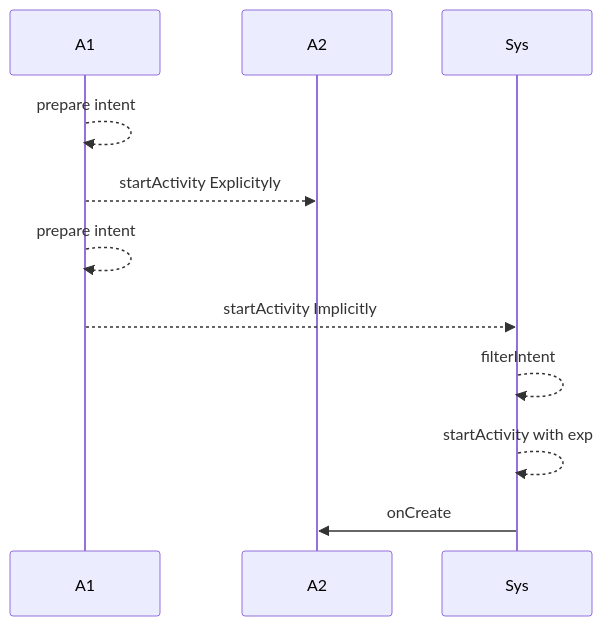
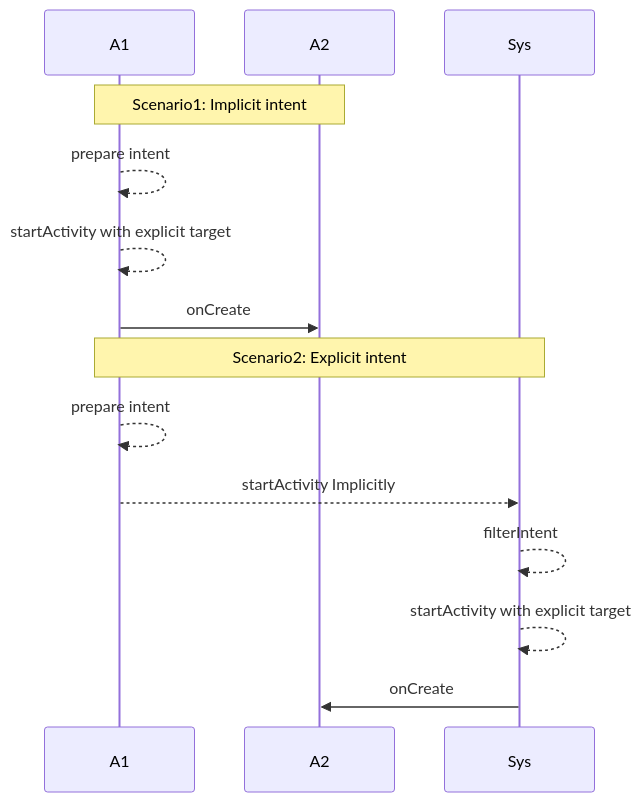
One commit to gordianknotC/nxp_note changed the first of 5 diagrams in flutter/android_to_flutter.md. Above: the diagram before and after it, drawn with Mermaid. The commit also changed other lines of this file, not shown here.

Commit message:
flutter/android_to_flutter.md updated from https://stackedit.io/

````diff
--- a/flutter/android_to_flutter.md
+++ b/flutter/android_to_flutter.md
@@ -1,15 +1,18 @@
 ```mermaid
 sequenceDiagram
 participant A1
 participant A2
 participant Sys
 
+Note over A1, A2: Scenario1: Implicit intent
 A1 -->> A1: prepare intent
-A1 -->> A2: startActivity Explicityly
+A1 -->> A1: startActivity with explicit target
+A1 ->>  A2: onCreate
 
+Note over A1, Sys: Scenario2: Explicit intent
 A1 -->> A1: prepare intent
 A1 -->> Sys: startActivity Implicitly
 Sys-->> Sys: filterIntent
-Sys-->> Sys: startActivity with exp
+Sys-->> Sys: startActivity with explicit target
 Sys ->> A2: onCreate
 ```
````
